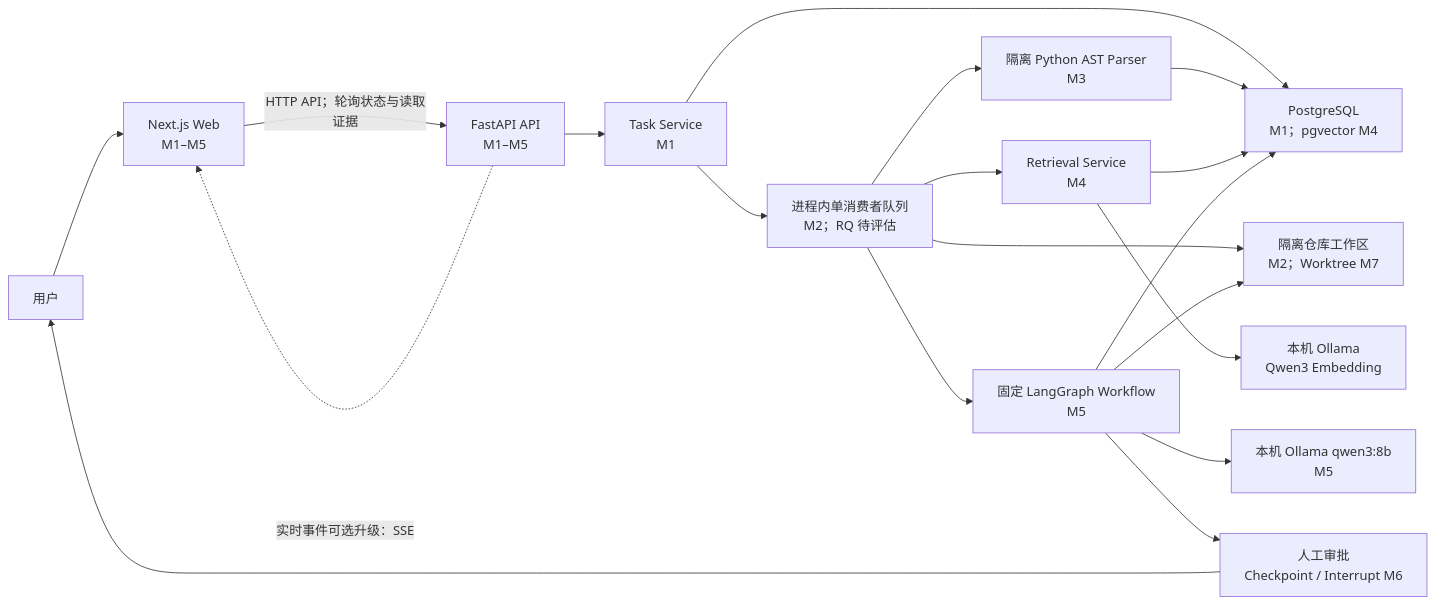
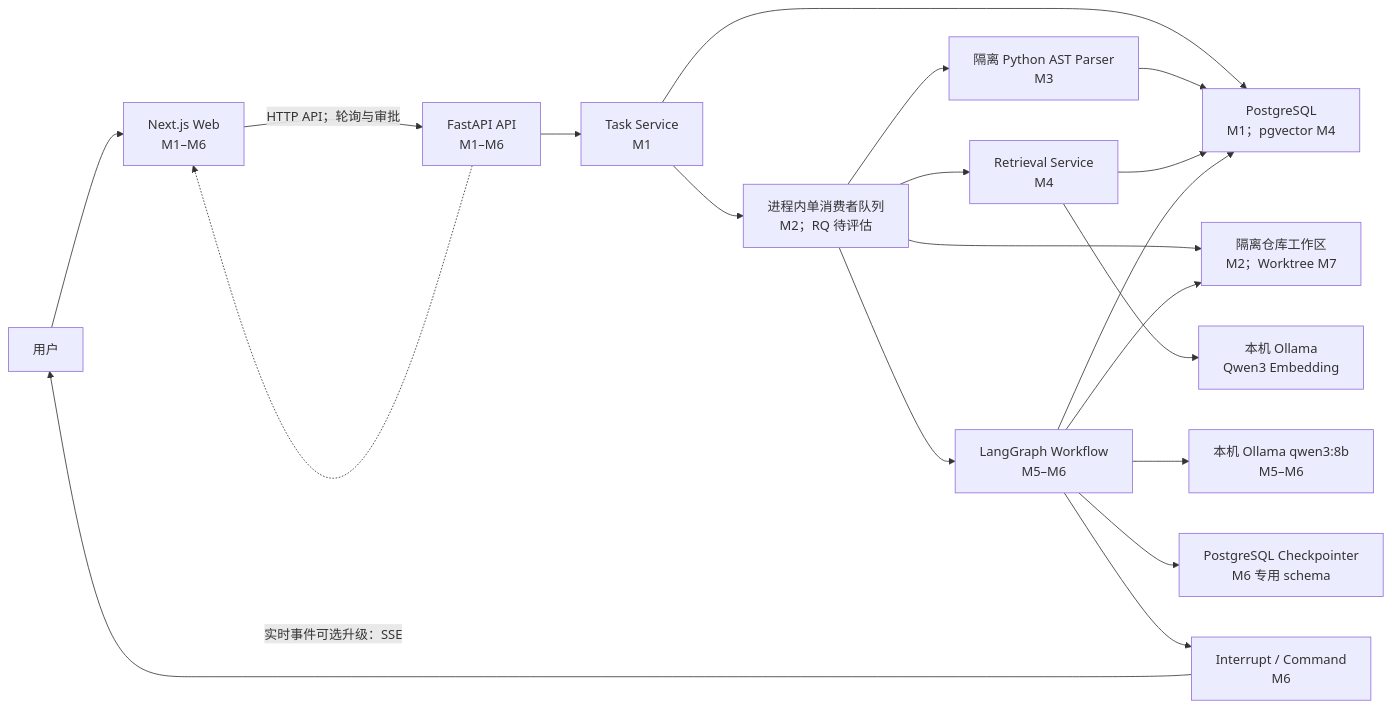
Before and after one commit to guiwenhui/IssuePilot: the first of 2 diagrams in docs/architecture.md, drawn with Mermaid. The commit also changed other lines of this file and 67 other files, not shown here.

Commit message:
feat(m6): add checkpointed approval workflow

````diff
--- a/docs/architecture.md
+++ b/docs/architecture.md
@@ -9,21 +9,22 @@
 ```mermaid
 flowchart LR
-    User["用户"] --> Web["Next.js Web\nM1–M5"]
-    Web -->|"HTTP API；轮询状态与读取证据"| API["FastAPI API\nM1–M5"]
+    User["用户"] --> Web["Next.js Web\nM1–M6"]
+    Web -->|"HTTP API；轮询与审批"| API["FastAPI API\nM1–M6"]
     API --> Service["Task Service\nM1"]
     Service --> DB["PostgreSQL\nM1；pgvector M4"]
     Service --> Worker["进程内单消费者队列\nM2；RQ 待评估"]
     Worker --> Repo["隔离仓库工作区\nM2；Worktree M7"]
     Worker --> Parser["隔离 Python AST Parser\nM3"]
     Parser --> DB
     Worker --> Retrieval["Retrieval Service\nM4"]
     Retrieval --> Embed["本机 Ollama\nQwen3 Embedding"]
     Retrieval --> DB
-    Worker --> Graph["固定 LangGraph Workflow\nM5"]
-    Graph --> Model["本机 Ollama qwen3:8b\nM5"]
+    Worker --> Graph["LangGraph Workflow\nM5–M6"]
+    Graph --> Model["本机 Ollama qwen3:8b\nM5–M6"]
     Graph --> DB
+    Graph --> CP["PostgreSQL Checkpointer\nM6 专用 schema"]
     Graph --> Repo
-    Graph --> Approval["人工审批\nCheckpoint / Interrupt M6"]
+    Graph --> Approval["Interrupt / Command\nM6"]
     Approval --> User
     API -.->|"实时事件可选升级：SSE"| Web
 ```
````
